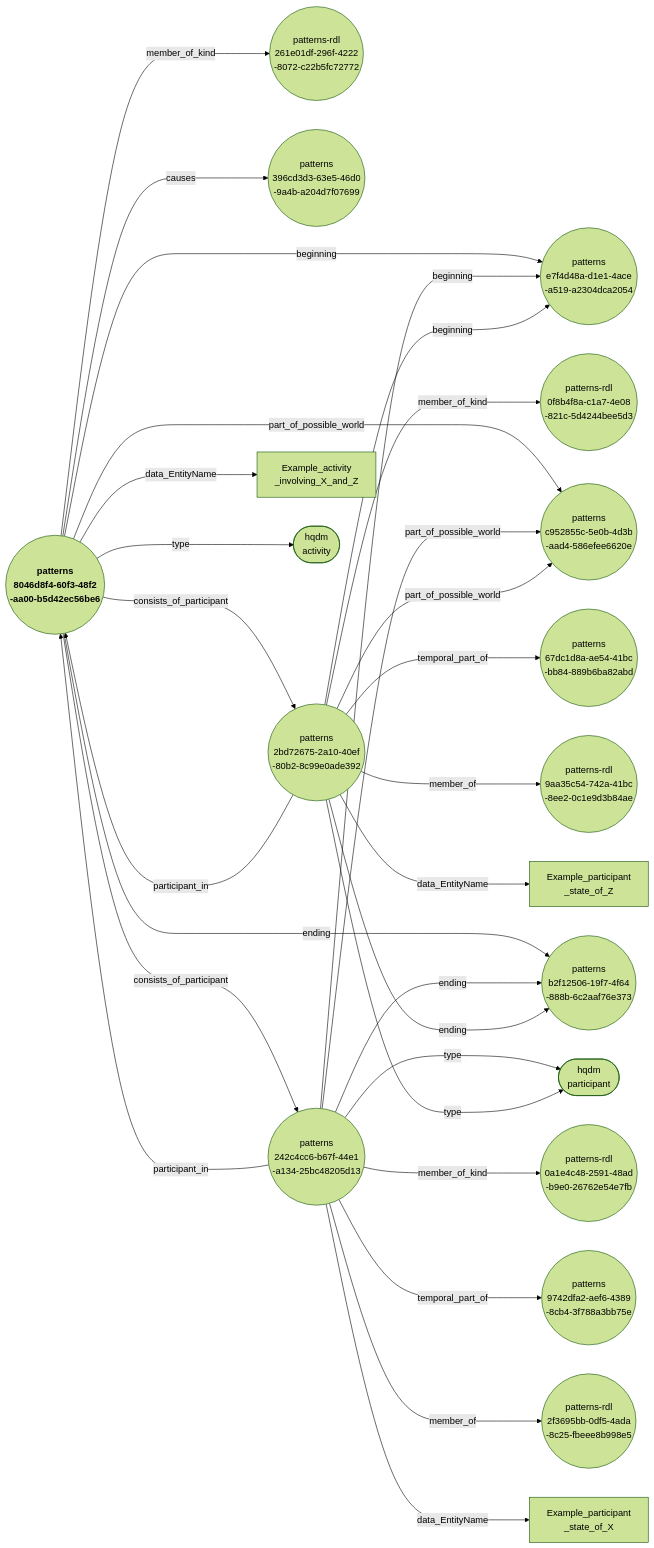
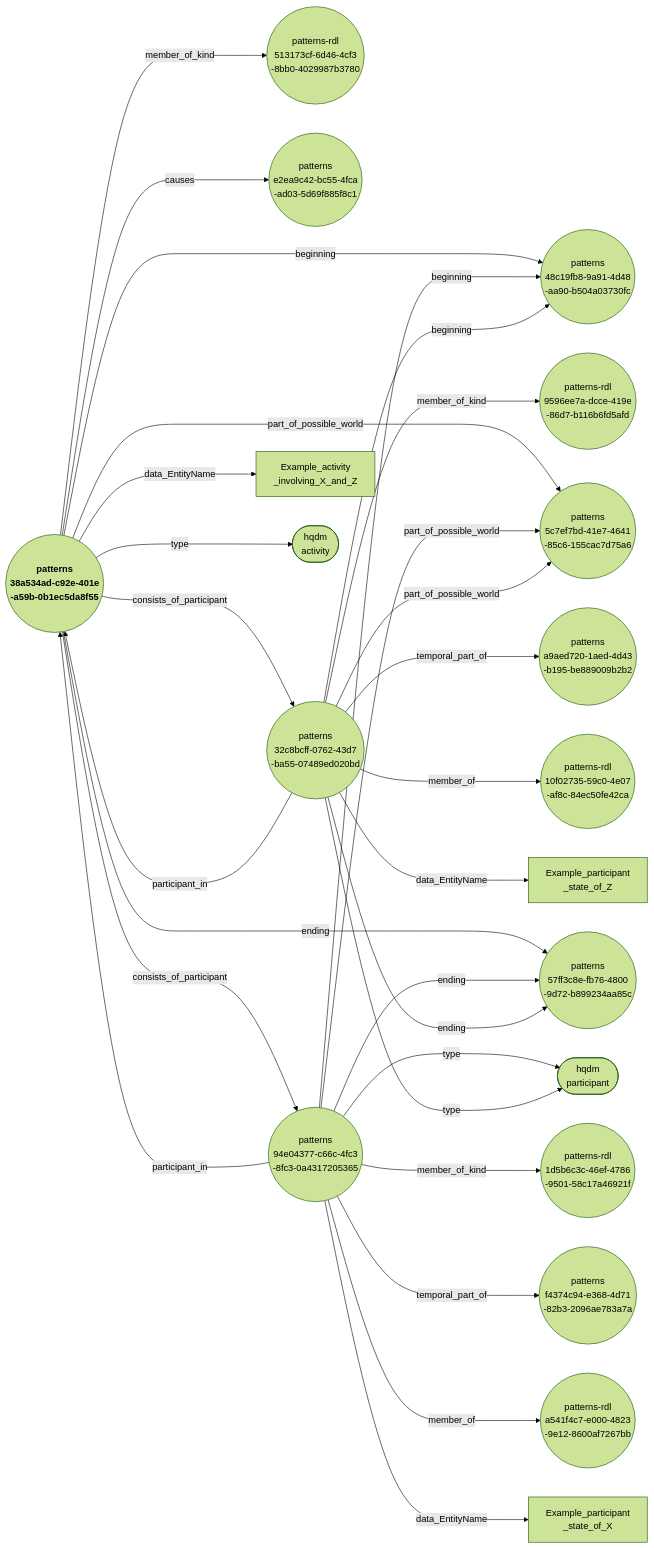
One commit to ClimbingAl/HqdmPatterns changed the diagram in docs/extras/example-files/genericActivityAndParticipantsNodeEdgeGraph.mermaid. Above: the diagram before and after it, drawn with Mermaid (forest theme). The commit also changed 135 other files, not shown here.

````diff
--- a/docs/extras/example-files/genericActivityAndParticipantsNodeEdgeGraph.mermaid
+++ b/docs/extras/example-files/genericActivityAndParticipantsNodeEdgeGraph.mermaid
@@ -1,30 +1,30 @@
 ``` mermaid
 graph LR
-  8046d8f4-60f3-48f2-aa00-b5d42ec56be6(("<b> patterns <br> 8046d8f4-60f3-48f2 <br> -aa00-b5d42ec56be6"))--->|"beginning"|e7f4d48a-d1e1-4ace-a519-a2304dca2054(("patterns <br> e7f4d48a-d1e1-4ace <br> -a519-a2304dca2054"));
-  8046d8f4-60f3-48f2-aa00-b5d42ec56be6(("<b> patterns <br> 8046d8f4-60f3-48f2 <br> -aa00-b5d42ec56be6"))--->|"member_of_kind"|261e01df-296f-4222-8072-c22b5fc72772(("patterns-rdl <br> 261e01df-296f-4222 <br> -8072-c22b5fc72772"));
-  8046d8f4-60f3-48f2-aa00-b5d42ec56be6(("<b> patterns <br> 8046d8f4-60f3-48f2 <br> -aa00-b5d42ec56be6"))--->|"causes"|396cd3d3-63e5-46d0-9a4b-a204d7f07699(("patterns <br> 396cd3d3-63e5-46d0 <br> -9a4b-a204d7f07699"));
-  8046d8f4-60f3-48f2-aa00-b5d42ec56be6(("<b> patterns <br> 8046d8f4-60f3-48f2 <br> -aa00-b5d42ec56be6"))--->|"consists_of_participant"|2bd72675-2a10-40ef-80b2-8c99e0ade392(("patterns <br> 2bd72675-2a10-40ef <br> -80b2-8c99e0ade392"));
-  8046d8f4-60f3-48f2-aa00-b5d42ec56be6(("<b> patterns <br> 8046d8f4-60f3-48f2 <br> -aa00-b5d42ec56be6"))--->|"consists_of_participant"|242c4cc6-b67f-44e1-a134-25bc48205d13(("patterns <br> 242c4cc6-b67f-44e1 <br> -a134-25bc48205d13"));
-  8046d8f4-60f3-48f2-aa00-b5d42ec56be6(("<b> patterns <br> 8046d8f4-60f3-48f2 <br> -aa00-b5d42ec56be6"))--->|"part_of_possible_world"|c952855c-5e0b-4d3b-aad4-586efee6620e(("patterns <br> c952855c-5e0b-4d3b <br> -aad4-586efee6620e"));
-  8046d8f4-60f3-48f2-aa00-b5d42ec56be6(("<b> patterns <br> 8046d8f4-60f3-48f2 <br> -aa00-b5d42ec56be6"))--->|"data_EntityName"|Example_activity_involving_X_and_Z["Example_activity <br> _involving_X_and_Z"];
-  8046d8f4-60f3-48f2-aa00-b5d42ec56be6(("<b> patterns <br> 8046d8f4-60f3-48f2 <br> -aa00-b5d42ec56be6"))--->|"ending"|b2f12506-19f7-4f64-888b-6c2aaf76e373(("patterns <br> b2f12506-19f7-4f64 <br> -888b-6c2aaf76e373"));
-  8046d8f4-60f3-48f2-aa00-b5d42ec56be6(("<b> patterns <br> 8046d8f4-60f3-48f2 <br> -aa00-b5d42ec56be6"))--->|"type"|activity(["hqdm <br> activity"]);
-  242c4cc6-b67f-44e1-a134-25bc48205d13(("patterns <br> 242c4cc6-b67f-44e1 <br> -a134-25bc48205d13"))--->|"beginning"|e7f4d48a-d1e1-4ace-a519-a2304dca2054(("patterns <br> e7f4d48a-d1e1-4ace <br> -a519-a2304dca2054"));
-  242c4cc6-b67f-44e1-a134-25bc48205d13(("patterns <br> 242c4cc6-b67f-44e1 <br> -a134-25bc48205d13"))--->|"member_of_kind"|0a1e4c48-2591-48ad-b9e0-26762e54e7fb(("patterns-rdl <br> 0a1e4c48-2591-48ad <br> -b9e0-26762e54e7fb"));
-  242c4cc6-b67f-44e1-a134-25bc48205d13(("patterns <br> 242c4cc6-b67f-44e1 <br> -a134-25bc48205d13"))--->|"part_of_possible_world"|c952855c-5e0b-4d3b-aad4-586efee6620e(("patterns <br> c952855c-5e0b-4d3b <br> -aad4-586efee6620e"));
-  242c4cc6-b67f-44e1-a134-25bc48205d13(("patterns <br> 242c4cc6-b67f-44e1 <br> -a134-25bc48205d13"))--->|"participant_in"|8046d8f4-60f3-48f2-aa00-b5d42ec56be6(("<b> patterns <br> 8046d8f4-60f3-48f2 <br> -aa00-b5d42ec56be6"));
-  242c4cc6-b67f-44e1-a134-25bc48205d13(("patterns <br> 242c4cc6-b67f-44e1 <br> -a134-25bc48205d13"))--->|"temporal_part_of"|9742dfa2-aef6-4389-8cb4-3f788a3bb75e(("patterns <br> 9742dfa2-aef6-4389 <br> -8cb4-3f788a3bb75e"));
-  242c4cc6-b67f-44e1-a134-25bc48205d13(("patterns <br> 242c4cc6-b67f-44e1 <br> -a134-25bc48205d13"))--->|"member_of"|2f3695bb-0df5-4ada-8c25-fbeee8b998e5(("patterns-rdl <br> 2f3695bb-0df5-4ada <br> -8c25-fbeee8b998e5"));
-  242c4cc6-b67f-44e1-a134-25bc48205d13(("patterns <br> 242c4cc6-b67f-44e1 <br> -a134-25bc48205d13"))--->|"data_EntityName"|Example_participant_state_of_X["Example_participant <br> _state_of_X"];
-  242c4cc6-b67f-44e1-a134-25bc48205d13(("patterns <br> 242c4cc6-b67f-44e1 <br> -a134-25bc48205d13"))--->|"ending"|b2f12506-19f7-4f64-888b-6c2aaf76e373(("patterns <br> b2f12506-19f7-4f64 <br> -888b-6c2aaf76e373"));
-  242c4cc6-b67f-44e1-a134-25bc48205d13(("patterns <br> 242c4cc6-b67f-44e1 <br> -a134-25bc48205d13"))--->|"type"|participant(["hqdm <br> participant"]);
-  2bd72675-2a10-40ef-80b2-8c99e0ade392(("patterns <br> 2bd72675-2a10-40ef <br> -80b2-8c99e0ade392"))--->|"beginning"|e7f4d48a-d1e1-4ace-a519-a2304dca2054(("patterns <br> e7f4d48a-d1e1-4ace <br> -a519-a2304dca2054"));
-  2bd72675-2a10-40ef-80b2-8c99e0ade392(("patterns <br> 2bd72675-2a10-40ef <br> -80b2-8c99e0ade392"))--->|"member_of_kind"|0f8b4f8a-c1a7-4e08-821c-5d4244bee5d3(("patterns-rdl <br> 0f8b4f8a-c1a7-4e08 <br> -821c-5d4244bee5d3"));
-  2bd72675-2a10-40ef-80b2-8c99e0ade392(("patterns <br> 2bd72675-2a10-40ef <br> -80b2-8c99e0ade392"))--->|"part_of_possible_world"|c952855c-5e0b-4d3b-aad4-586efee6620e(("patterns <br> c952855c-5e0b-4d3b <br> -aad4-586efee6620e"));
-  2bd72675-2a10-40ef-80b2-8c99e0ade392(("patterns <br> 2bd72675-2a10-40ef <br> -80b2-8c99e0ade392"))--->|"participant_in"|8046d8f4-60f3-48f2-aa00-b5d42ec56be6(("<b> patterns <br> 8046d8f4-60f3-48f2 <br> -aa00-b5d42ec56be6"));
-  2bd72675-2a10-40ef-80b2-8c99e0ade392(("patterns <br> 2bd72675-2a10-40ef <br> -80b2-8c99e0ade392"))--->|"temporal_part_of"|67dc1d8a-ae54-41bc-bb84-889b6ba82abd(("patterns <br> 67dc1d8a-ae54-41bc <br> -bb84-889b6ba82abd"));
-  2bd72675-2a10-40ef-80b2-8c99e0ade392(("patterns <br> 2bd72675-2a10-40ef <br> -80b2-8c99e0ade392"))--->|"member_of"|9aa35c54-742a-41bc-8ee2-0c1e9d3b84ae(("patterns-rdl <br> 9aa35c54-742a-41bc <br> -8ee2-0c1e9d3b84ae"));
-  2bd72675-2a10-40ef-80b2-8c99e0ade392(("patterns <br> 2bd72675-2a10-40ef <br> -80b2-8c99e0ade392"))--->|"data_EntityName"|Example_participant_state_of_Z["Example_participant <br> _state_of_Z"];
-  2bd72675-2a10-40ef-80b2-8c99e0ade392(("patterns <br> 2bd72675-2a10-40ef <br> -80b2-8c99e0ade392"))--->|"ending"|b2f12506-19f7-4f64-888b-6c2aaf76e373(("patterns <br> b2f12506-19f7-4f64 <br> -888b-6c2aaf76e373"));
-  2bd72675-2a10-40ef-80b2-8c99e0ade392(("patterns <br> 2bd72675-2a10-40ef <br> -80b2-8c99e0ade392"))--->|"type"|participant(["hqdm <br> participant"]);
+  38a534ad-c92e-401e-a59b-0b1ec5da8f55(("<b> patterns <br> 38a534ad-c92e-401e <br> -a59b-0b1ec5da8f55"))--->|"beginning"|48c19fb8-9a91-4d48-aa90-b504a03730fc(("patterns <br> 48c19fb8-9a91-4d48 <br> -aa90-b504a03730fc"));
+  38a534ad-c92e-401e-a59b-0b1ec5da8f55(("<b> patterns <br> 38a534ad-c92e-401e <br> -a59b-0b1ec5da8f55"))--->|"member_of_kind"|513173cf-6d46-4cf3-8bb0-4029987b3780(("patterns-rdl <br> 513173cf-6d46-4cf3 <br> -8bb0-4029987b3780"));
+  38a534ad-c92e-401e-a59b-0b1ec5da8f55(("<b> patterns <br> 38a534ad-c92e-401e <br> -a59b-0b1ec5da8f55"))--->|"causes"|e2ea9c42-bc55-4fca-ad03-5d69f885f8c1(("patterns <br> e2ea9c42-bc55-4fca <br> -ad03-5d69f885f8c1"));
+  38a534ad-c92e-401e-a59b-0b1ec5da8f55(("<b> patterns <br> 38a534ad-c92e-401e <br> -a59b-0b1ec5da8f55"))--->|"consists_of_participant"|32c8bcff-0762-43d7-ba55-07489ed020bd(("patterns <br> 32c8bcff-0762-43d7 <br> -ba55-07489ed020bd"));
+  38a534ad-c92e-401e-a59b-0b1ec5da8f55(("<b> patterns <br> 38a534ad-c92e-401e <br> -a59b-0b1ec5da8f55"))--->|"consists_of_participant"|94e04377-c66c-4fc3-8fc3-0a4317205365(("patterns <br> 94e04377-c66c-4fc3 <br> -8fc3-0a4317205365"));
+  38a534ad-c92e-401e-a59b-0b1ec5da8f55(("<b> patterns <br> 38a534ad-c92e-401e <br> -a59b-0b1ec5da8f55"))--->|"part_of_possible_world"|5c7ef7bd-41e7-4641-85c6-155cac7d75a6(("patterns <br> 5c7ef7bd-41e7-4641 <br> -85c6-155cac7d75a6"));
+  38a534ad-c92e-401e-a59b-0b1ec5da8f55(("<b> patterns <br> 38a534ad-c92e-401e <br> -a59b-0b1ec5da8f55"))--->|"data_EntityName"|Example_activity_involving_X_and_Z["Example_activity <br> _involving_X_and_Z"];
+  38a534ad-c92e-401e-a59b-0b1ec5da8f55(("<b> patterns <br> 38a534ad-c92e-401e <br> -a59b-0b1ec5da8f55"))--->|"ending"|57ff3c8e-fb76-4800-9d72-b899234aa85c(("patterns <br> 57ff3c8e-fb76-4800 <br> -9d72-b899234aa85c"));
+  38a534ad-c92e-401e-a59b-0b1ec5da8f55(("<b> patterns <br> 38a534ad-c92e-401e <br> -a59b-0b1ec5da8f55"))--->|"type"|activity(["hqdm <br> activity"]);
+  94e04377-c66c-4fc3-8fc3-0a4317205365(("patterns <br> 94e04377-c66c-4fc3 <br> -8fc3-0a4317205365"))--->|"beginning"|48c19fb8-9a91-4d48-aa90-b504a03730fc(("patterns <br> 48c19fb8-9a91-4d48 <br> -aa90-b504a03730fc"));
+  94e04377-c66c-4fc3-8fc3-0a4317205365(("patterns <br> 94e04377-c66c-4fc3 <br> -8fc3-0a4317205365"))--->|"member_of_kind"|1d5b6c3c-46ef-4786-9501-58c17a46921f(("patterns-rdl <br> 1d5b6c3c-46ef-4786 <br> -9501-58c17a46921f"));
+  94e04377-c66c-4fc3-8fc3-0a4317205365(("patterns <br> 94e04377-c66c-4fc3 <br> -8fc3-0a4317205365"))--->|"part_of_possible_world"|5c7ef7bd-41e7-4641-85c6-155cac7d75a6(("patterns <br> 5c7ef7bd-41e7-4641 <br> -85c6-155cac7d75a6"));
+  94e04377-c66c-4fc3-8fc3-0a4317205365(("patterns <br> 94e04377-c66c-4fc3 <br> -8fc3-0a4317205365"))--->|"participant_in"|38a534ad-c92e-401e-a59b-0b1ec5da8f55(("<b> patterns <br> 38a534ad-c92e-401e <br> -a59b-0b1ec5da8f55"));
+  94e04377-c66c-4fc3-8fc3-0a4317205365(("patterns <br> 94e04377-c66c-4fc3 <br> -8fc3-0a4317205365"))--->|"temporal_part_of"|f4374c94-e368-4d71-82b3-2096ae783a7a(("patterns <br> f4374c94-e368-4d71 <br> -82b3-2096ae783a7a"));
+  94e04377-c66c-4fc3-8fc3-0a4317205365(("patterns <br> 94e04377-c66c-4fc3 <br> -8fc3-0a4317205365"))--->|"member_of"|a541f4c7-e000-4823-9e12-8600af7267bb(("patterns-rdl <br> a541f4c7-e000-4823 <br> -9e12-8600af7267bb"));
+  94e04377-c66c-4fc3-8fc3-0a4317205365(("patterns <br> 94e04377-c66c-4fc3 <br> -8fc3-0a4317205365"))--->|"data_EntityName"|Example_participant_state_of_X["Example_participant <br> _state_of_X"];
+  94e04377-c66c-4fc3-8fc3-0a4317205365(("patterns <br> 94e04377-c66c-4fc3 <br> -8fc3-0a4317205365"))--->|"ending"|57ff3c8e-fb76-4800-9d72-b899234aa85c(("patterns <br> 57ff3c8e-fb76-4800 <br> -9d72-b899234aa85c"));
+  94e04377-c66c-4fc3-8fc3-0a4317205365(("patterns <br> 94e04377-c66c-4fc3 <br> -8fc3-0a4317205365"))--->|"type"|participant(["hqdm <br> participant"]);
+  32c8bcff-0762-43d7-ba55-07489ed020bd(("patterns <br> 32c8bcff-0762-43d7 <br> -ba55-07489ed020bd"))--->|"beginning"|48c19fb8-9a91-4d48-aa90-b504a03730fc(("patterns <br> 48c19fb8-9a91-4d48 <br> -aa90-b504a03730fc"));
+  32c8bcff-0762-43d7-ba55-07489ed020bd(("patterns <br> 32c8bcff-0762-43d7 <br> -ba55-07489ed020bd"))--->|"member_of_kind"|9596ee7a-dcce-419e-86d7-b116b6fd5afd(("patterns-rdl <br> 9596ee7a-dcce-419e <br> -86d7-b116b6fd5afd"));
+  32c8bcff-0762-43d7-ba55-07489ed020bd(("patterns <br> 32c8bcff-0762-43d7 <br> -ba55-07489ed020bd"))--->|"part_of_possible_world"|5c7ef7bd-41e7-4641-85c6-155cac7d75a6(("patterns <br> 5c7ef7bd-41e7-4641 <br> -85c6-155cac7d75a6"));
+  32c8bcff-0762-43d7-ba55-07489ed020bd(("patterns <br> 32c8bcff-0762-43d7 <br> -ba55-07489ed020bd"))--->|"participant_in"|38a534ad-c92e-401e-a59b-0b1ec5da8f55(("<b> patterns <br> 38a534ad-c92e-401e <br> -a59b-0b1ec5da8f55"));
+  32c8bcff-0762-43d7-ba55-07489ed020bd(("patterns <br> 32c8bcff-0762-43d7 <br> -ba55-07489ed020bd"))--->|"temporal_part_of"|a9aed720-1aed-4d43-b195-be889009b2b2(("patterns <br> a9aed720-1aed-4d43 <br> -b195-be889009b2b2"));
+  32c8bcff-0762-43d7-ba55-07489ed020bd(("patterns <br> 32c8bcff-0762-43d7 <br> -ba55-07489ed020bd"))--->|"member_of"|10f02735-59c0-4e07-af8c-84ec50fe42ca(("patterns-rdl <br> 10f02735-59c0-4e07 <br> -af8c-84ec50fe42ca"));
+  32c8bcff-0762-43d7-ba55-07489ed020bd(("patterns <br> 32c8bcff-0762-43d7 <br> -ba55-07489ed020bd"))--->|"data_EntityName"|Example_participant_state_of_Z["Example_participant <br> _state_of_Z"];
+  32c8bcff-0762-43d7-ba55-07489ed020bd(("patterns <br> 32c8bcff-0762-43d7 <br> -ba55-07489ed020bd"))--->|"ending"|57ff3c8e-fb76-4800-9d72-b899234aa85c(("patterns <br> 57ff3c8e-fb76-4800 <br> -9d72-b899234aa85c"));
+  32c8bcff-0762-43d7-ba55-07489ed020bd(("patterns <br> 32c8bcff-0762-43d7 <br> -ba55-07489ed020bd"))--->|"type"|participant(["hqdm <br> participant"]);
 ```
````
